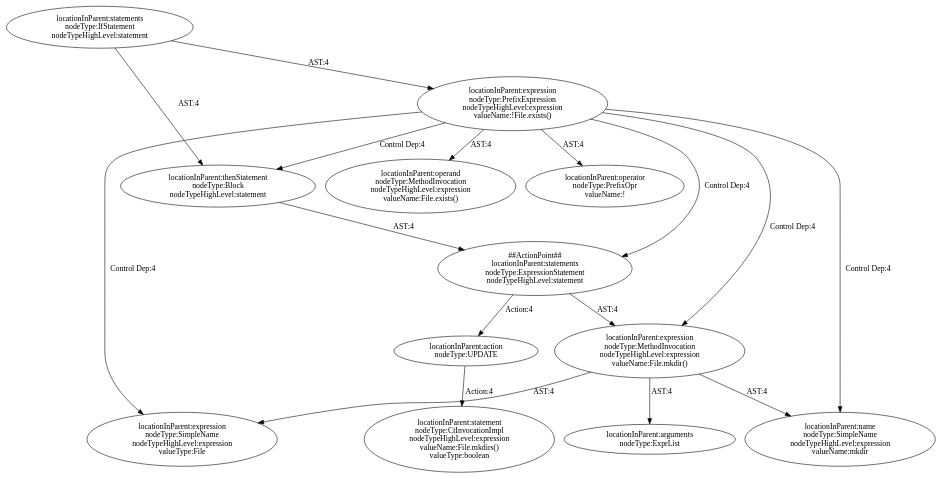
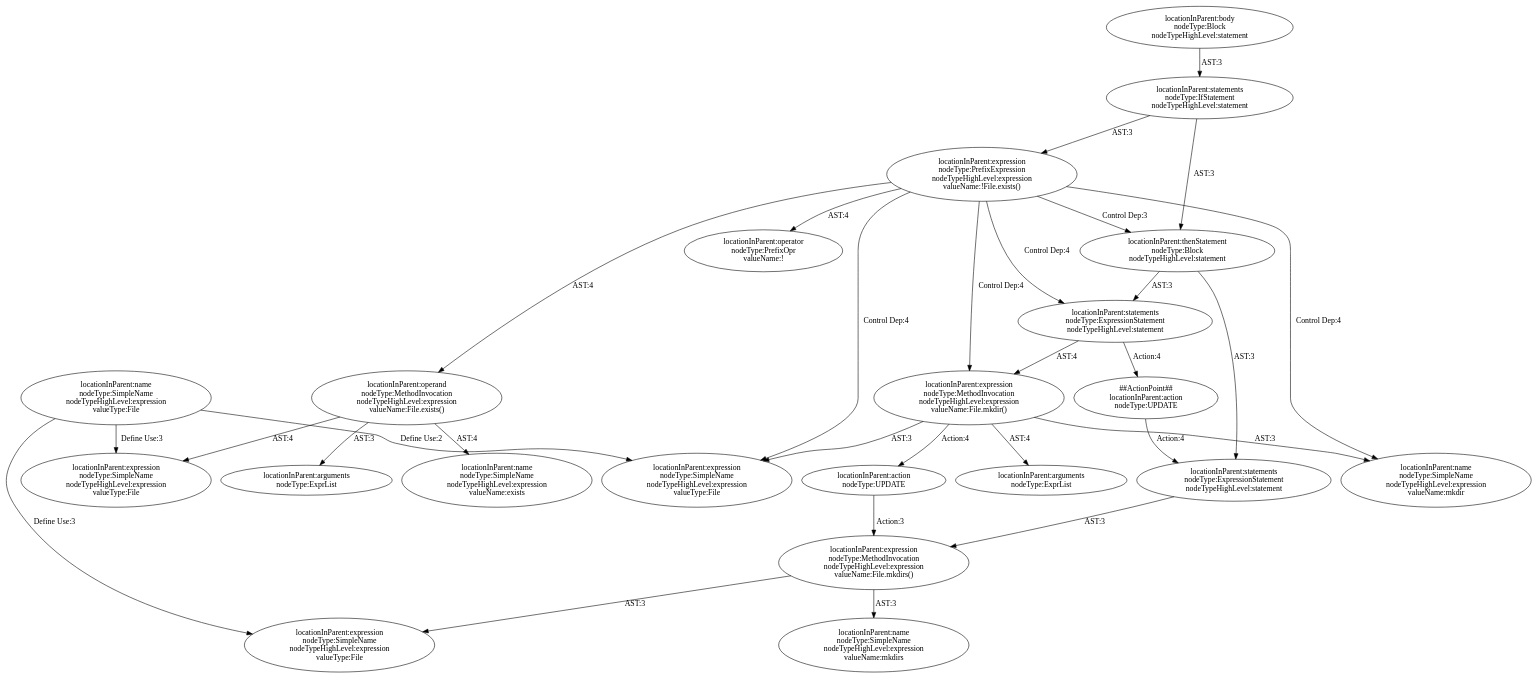
Before and after one commit to ssmingz/FixGen: the diagram in codegraph/out/pattern73-76_abstract.dot, drawn with Graphviz. The commit also changed 40 other files, not shown here.

Commit message:
change the construction to add nodes from fixed CodeGraph to buggy CodeGraph instead rebuild a node from a CtElement, the challenge is to find 1)the mapping between buggy and fixed graphs 2)the mapping between CodeGraph and Spoon

```diff
--- a/codegraph/out/pattern73-76_abstract.dot
+++ b/codegraph/out/pattern73-76_abstract.dot
@@ -1,30 +1,52 @@
 digraph "Pattern" {
-0 [label="##ActionPoint##\nlocationInParent:statements\nnodeType:ExpressionStatement\nnodeTypeHighLevel:statement" shape=ellipse]
-1 [label="locationInParent:expression\nnodeType:PrefixExpression\nnodeTypeHighLevel:expression\nvalueName:!File.exists()" shape=ellipse]
-2 [label="locationInParent:statements\nnodeType:IfStatement\nnodeTypeHighLevel:statement" shape=ellipse]
-3 [label="locationInParent:operand\nnodeType:MethodInvocation\nnodeTypeHighLevel:expression\nvalueName:File.exists()" shape=ellipse]
-4 [label="locationInParent:operator\nnodeType:PrefixOpr\nvalueName:!" shape=ellipse]
+0 [label="##ActionPoint##\nlocationInParent:action\nnodeType:UPDATE" shape=ellipse]
+1 [label="locationInParent:statements\nnodeType:ExpressionStatement\nnodeTypeHighLevel:statement" shape=ellipse]
+2 [label="locationInParent:expression\nnodeType:PrefixExpression\nnodeTypeHighLevel:expression\nvalueName:!File.exists()" shape=ellipse]
+3 [label="locationInParent:statements\nnodeType:IfStatement\nnodeTypeHighLevel:statement" shape=ellipse]
+4 [label="locationInParent:body\nnodeType:Block\nnodeTypeHighLevel:statement" shape=ellipse]
 5 [label="locationInParent:thenStatement\nnodeType:Block\nnodeTypeHighLevel:statement" shape=ellipse]
-6 [label="locationInParent:expression\nnodeType:MethodInvocation\nnodeTypeHighLevel:expression\nvalueName:File.mkdir()" shape=ellipse]
+6 [label="locationInParent:operand\nnodeType:MethodInvocation\nnodeTypeHighLevel:expression\nvalueName:File.exists()" shape=ellipse]
 7 [label="locationInParent:expression\nnodeType:SimpleName\nnodeTypeHighLevel:expression\nvalueType:File" shape=ellipse]
-8 [label="locationInParent:name\nnodeType:SimpleName\nnodeTypeHighLevel:expression\nvalueName:mkdir" shape=ellipse]
+8 [label="locationInParent:name\nnodeType:SimpleName\nnodeTypeHighLevel:expression\nvalueName:exists" shape=ellipse]
 9 [label="locationInParent:arguments\nnodeType:ExprList" shape=ellipse]
-10 [label="locationInParent:action\nnodeType:UPDATE" shape=ellipse]
-11 [label="locationInParent:statement\nnodeType:CtInvocationImpl\nnodeTypeHighLevel:expression\nvalueName:File.mkdirs()\nvalueType:boolean" shape=ellipse]
-0 -> 6 [label="AST:4"];
-0 -> 10 [label="Action:4"];
-1 -> 0 [label="Control Dep:4"];
-1 -> 3 [label="AST:4"];
-1 -> 4 [label="AST:4"];
-1 -> 5 [label="Control Dep:4"];
-1 -> 6 [label="Control Dep:4"];
-1 -> 7 [label="Control Dep:4"];
-1 -> 8 [label="Control Dep:4"];
-2 -> 1 [label="AST:4"];
-2 -> 5 [label="AST:4"];
-5 -> 0 [label="AST:4"];
+10 [label="locationInParent:operator\nnodeType:PrefixOpr\nvalueName:!" shape=ellipse]
+11 [label="locationInParent:expression\nnodeType:SimpleName\nnodeTypeHighLevel:expression\nvalueType:File" shape=ellipse]
+12 [label="locationInParent:name\nnodeType:SimpleName\nnodeTypeHighLevel:expression\nvalueName:mkdir" shape=ellipse]
+13 [label="locationInParent:expression\nnodeType:MethodInvocation\nnodeTypeHighLevel:expression\nvalueName:File.mkdir()" shape=ellipse]
+14 [label="locationInParent:arguments\nnodeType:ExprList" shape=ellipse]
+15 [label="locationInParent:action\nnodeType:UPDATE" shape=ellipse]
+16 [label="locationInParent:statements\nnodeType:ExpressionStatement\nnodeTypeHighLevel:statement" shape=ellipse]
+17 [label="locationInParent:expression\nnodeType:MethodInvocation\nnodeTypeHighLevel:expression\nvalueName:File.mkdirs()" shape=ellipse]
+18 [label="locationInParent:expression\nnodeType:SimpleName\nnodeTypeHighLevel:expression\nvalueType:File" shape=ellipse]
+19 [label="locationInParent:name\nnodeType:SimpleName\nnodeTypeHighLevel:expression\nvalueType:File" shape=ellipse]
+20 [label="locationInParent:name\nnodeType:SimpleName\nnodeTypeHighLevel:expression\nvalueName:mkdirs" shape=ellipse]
+0 -> 16 [label="Action:4"];
+1 -> 0 [label="Action:4"];
+1 -> 13 [label="AST:4"];
+2 -> 1 [label="Control Dep:4"];
+2 -> 6 [label="AST:4"];
+2 -> 10 [label="AST:4"];
+2 -> 5 [label="Control Dep:3"];
+2 -> 11 [label="Control Dep:4"];
+2 -> 12 [label="Control Dep:4"];
+2 -> 13 [label="Control Dep:4"];
+3 -> 2 [label="AST:3"];
+3 -> 5 [label="AST:3"];
+4 -> 3 [label="AST:3"];
+5 -> 1 [label="AST:3"];
+5 -> 16 [label="AST:3"];
 6 -> 7 [label="AST:4"];
 6 -> 8 [label="AST:4"];
-6 -> 9 [label="AST:4"];
-10 -> 11 [label="Action:4"];
+6 -> 9 [label="AST:3"];
+13 -> 14 [label="AST:4"];
+13 -> 15 [label="Action:4"];
+13 -> 11 [label="AST:3"];
+13 -> 12 [label="AST:3"];
+15 -> 17 [label="Action:3"];
+16 -> 17 [label="AST:3"];
+17 -> 18 [label="AST:3"];
+17 -> 20 [label="AST:3"];
+19 -> 7 [label="Define Use:3"];
+19 -> 18 [label="Define Use:3"];
+19 -> 11 [label="Define Use:2"];
 }
```
